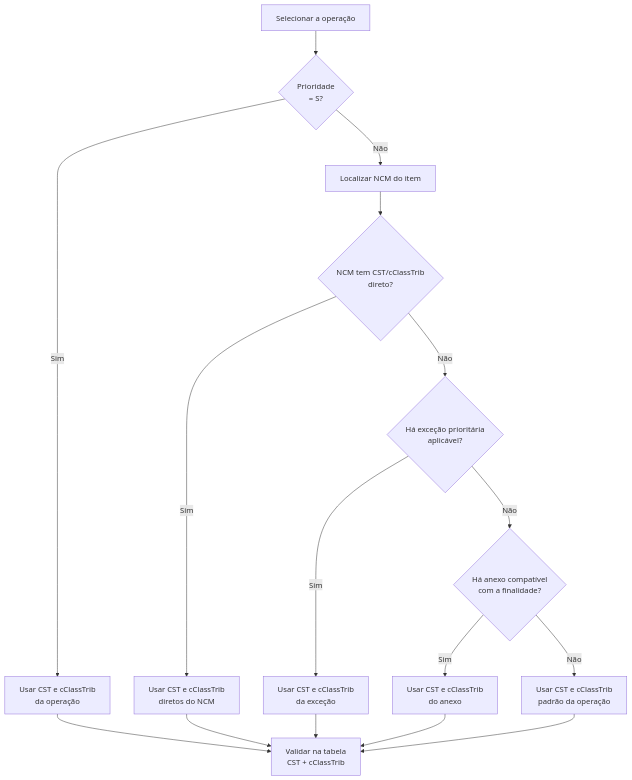
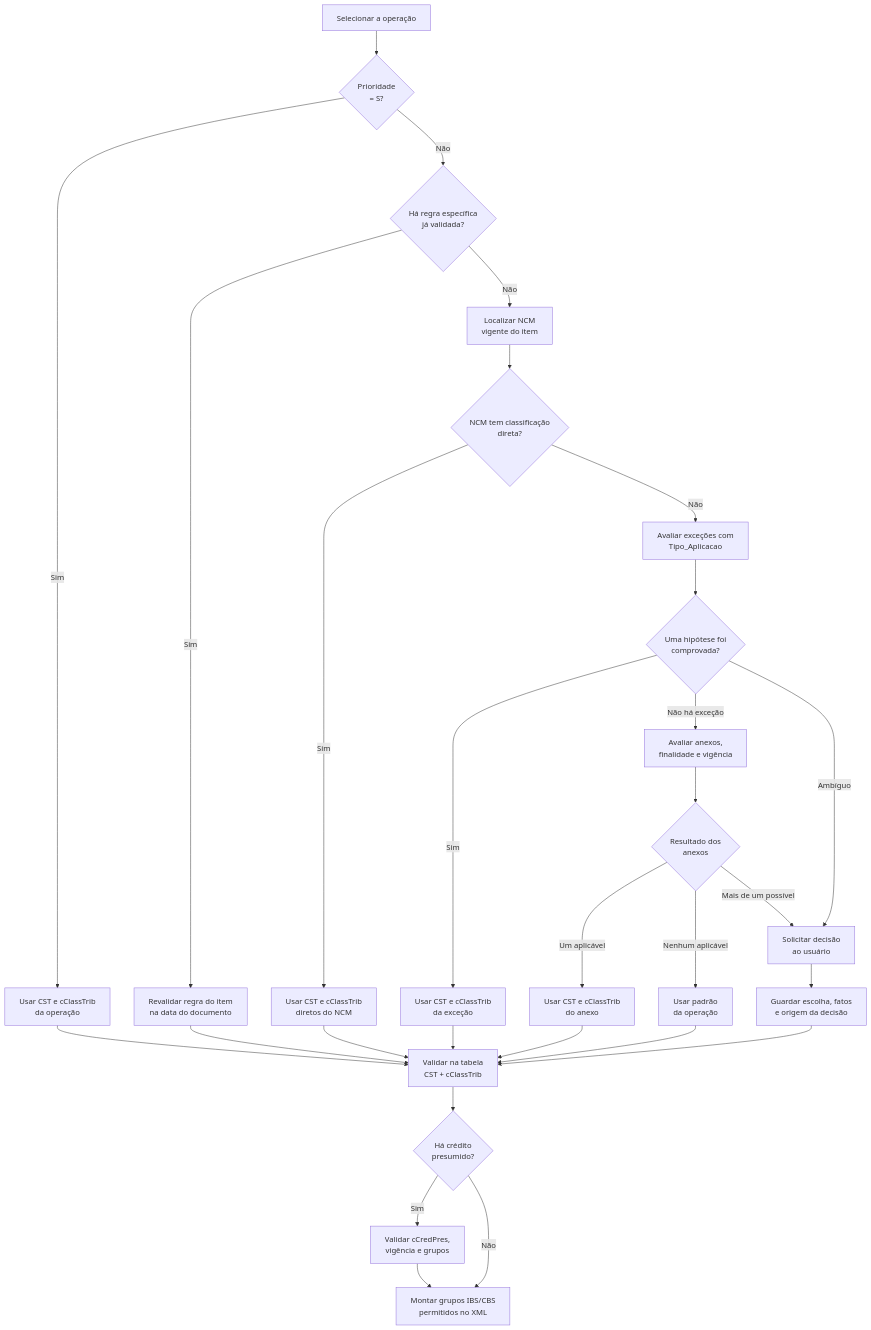
The diagram in docs/referencias/reforma-tributaria-nfe-nfce.md (Unimake/Uninfe), drawn with Mermaid before and after one commit. The commit also changed other lines of this file and 4 other files, not shown here.

````diff
--- a/docs/referencias/reforma-tributaria-nfe-nfce.md
+++ b/docs/referencias/reforma-tributaria-nfe-nfce.md
@@ -26,19 +29,32 @@
 ```mermaid
 %%{init: {"flowchart": {"useMaxWidth": false}} }%%
 flowchart TD
     A["Selecionar a operação"] --> B{"Prioridade<br/>= S?"}
     B -- "Sim" --> Z["Usar CST e cClassTrib<br/>da operação"]
-    B -- "Não" --> C["Localizar NCM do item"]
-    C --> D{"NCM tem CST/cClassTrib<br/>direto?"}
-    D -- "Sim" --> N["Usar CST e cClassTrib<br/>diretos do NCM"]
-    D -- "Não" --> E{"Há exceção prioritária<br/>aplicável?"}
-    E -- "Sim" --> X["Usar CST e cClassTrib<br/>da exceção"]
-    E -- "Não" --> F{"Há anexo compatível<br/>com a finalidade?"}
-    F -- "Sim" --> G["Usar CST e cClassTrib<br/>do anexo"]
-    F -- "Não" --> H["Usar CST e cClassTrib<br/>padrão da operação"]
+    B -- "Não" --> C{"Há regra específica<br/>já validada?"}
+    C -- "Sim" --> P["Revalidar regra do item<br/>na data do documento"]
+    C -- "Não" --> D["Localizar NCM<br/>vigente do item"]
+    D --> E{"NCM tem classificação<br/>direta?"}
+    E -- "Sim" --> N["Usar CST e cClassTrib<br/>diretos do NCM"]
+    E -- "Não" --> F["Avaliar exceções com<br/>Tipo_Aplicacao"]
+    F --> G{"Uma hipótese foi<br/>comprovada?"}
+    G -- "Sim" --> X["Usar CST e cClassTrib<br/>da exceção"]
+    G -- "Não há exceção" --> H["Avaliar anexos,<br/>finalidade e vigência"]
+    G -- "Ambíguo" --> U["Solicitar decisão<br/>ao usuário"]
+    H --> I{"Resultado dos<br/>anexos"}
+    I -- "Um aplicável" --> J["Usar CST e cClassTrib<br/>do anexo"]
+    I -- "Nenhum aplicável" --> K["Usar padrão<br/>da operação"]
+    I -- "Mais de um possível" --> U
+    U --> L["Guardar escolha, fatos<br/>e origem da decisão"]
     Z --> V["Validar na tabela<br/>CST + cClassTrib"]
+    P --> V
     N --> V
     X --> V
-    G --> V
-    H --> V
+    J --> V
+    K --> V
+    L --> V
+    V --> Q{"Há crédito<br/>presumido?"}
+    Q -- "Sim" --> R["Validar cCredPres,<br/>vigência e grupos"]
+    Q -- "Não" --> S["Montar grupos IBS/CBS<br/>permitidos no XML"]
+    R --> S
 ```
````
